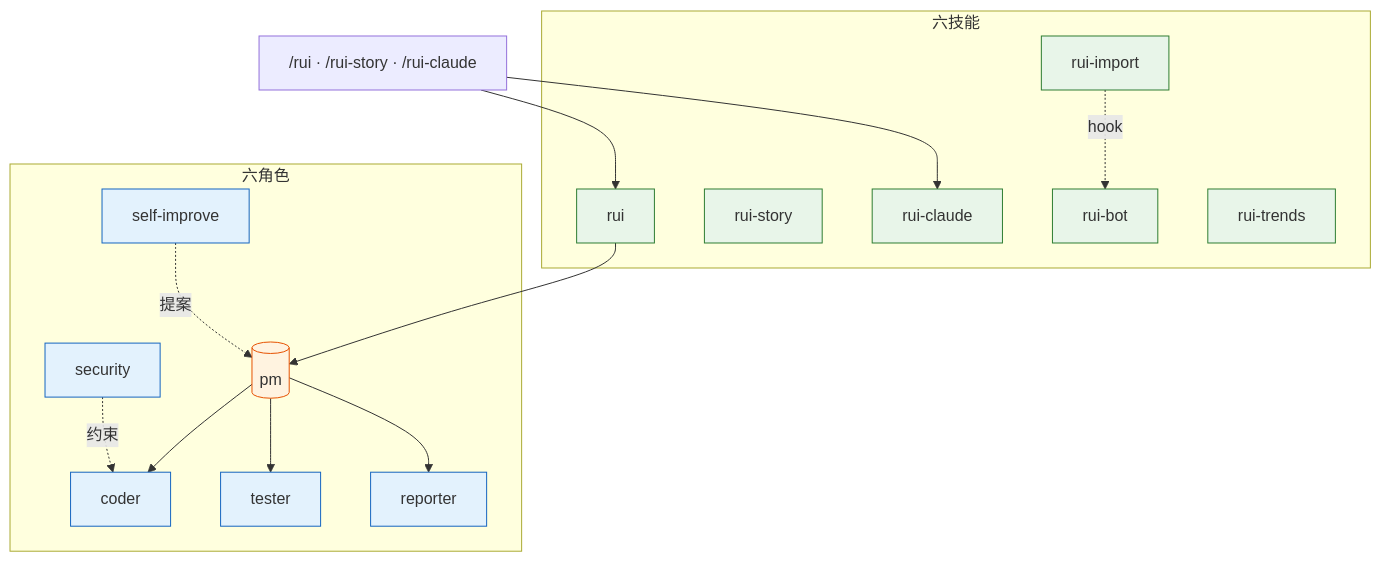
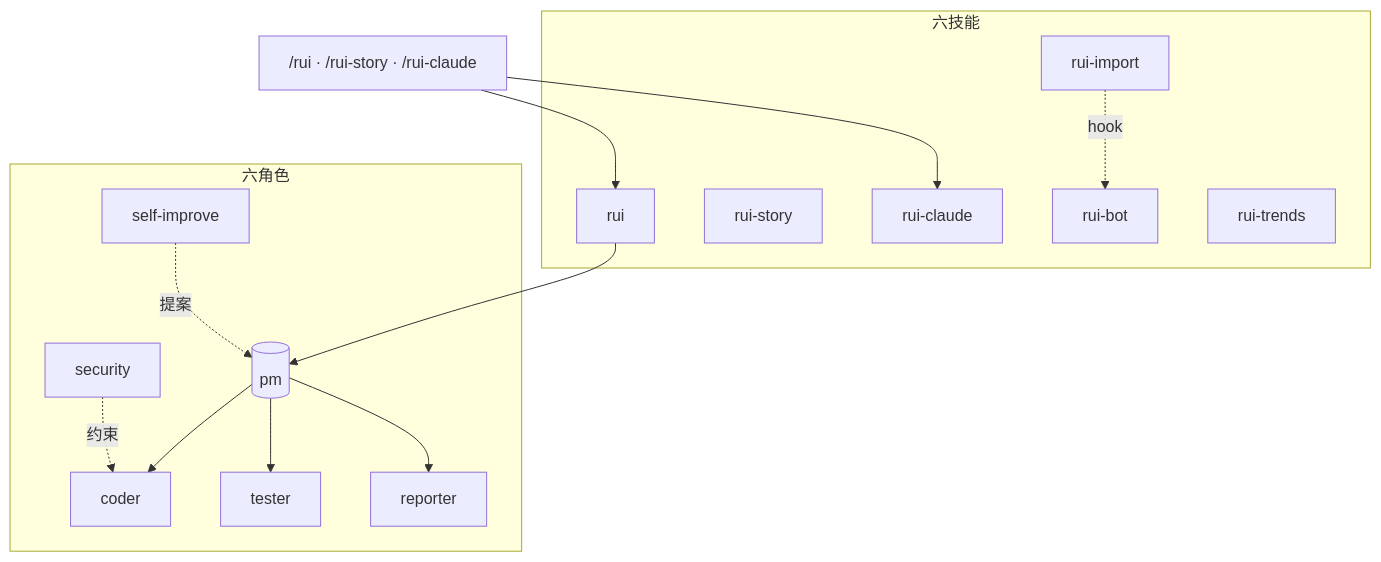
Before and after one commit to effiy/YrY: the first of 6 diagrams in README.md, drawn with Mermaid. The commit also changed 1 other file, not shown here.

````diff
--- a/README.md
+++ b/README.md
@@ -9,33 +9,29 @@
 ```mermaid
 flowchart TD
     CMD["/rui · /rui-story · /rui-claude"]
 
     subgraph Skills[六技能]
         RUI[rui]:::skill
         RS[rui-story]:::skill
         RC[rui-claude]:::skill
         ID[rui-import]:::skill
         WW[rui-bot]:::skill
         TD[rui-trends]:::skill
     end
 
     subgraph Agents[六角色]
         PM[("pm")]:::core
         CODER[coder]:::agent
         TESTER[tester]:::agent
         REPORTER[reporter]:::agent
         SECURITY[security]:::agent
         SI[self-improve]:::agent
     end
 
     CMD --> RUI & RC
     RUI --> PM
     PM --> CODER & TESTER & REPORTER
     SECURITY -.约束.-> CODER
     SI -.提案.-> PM
     ID -.hook.-> WW
-
-    classDef core fill:#fff3e0,stroke:#e65100;
-    classDef agent fill:#e3f2fd,stroke:#1565c0;
-    classDef skill fill:#e8f5e9,stroke:#2e7d32;
 ```
````
